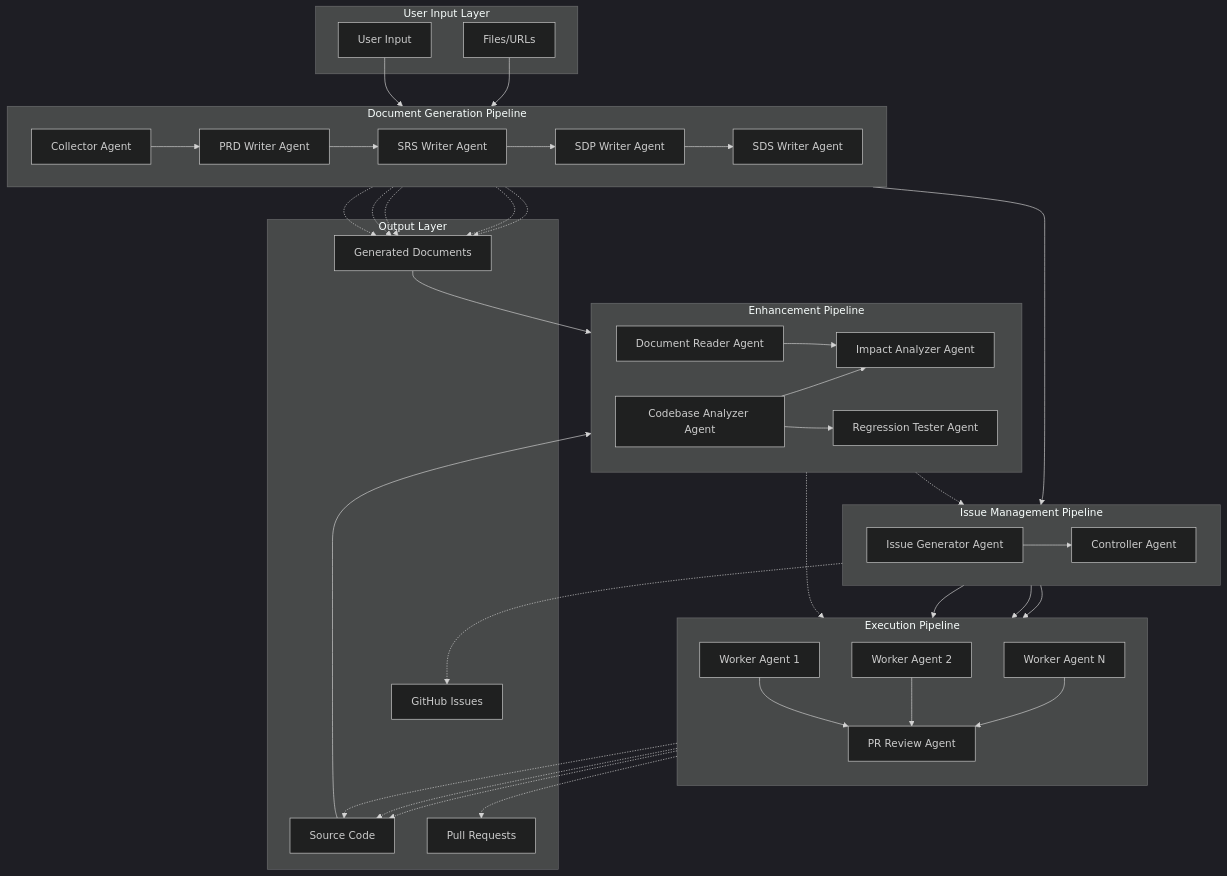
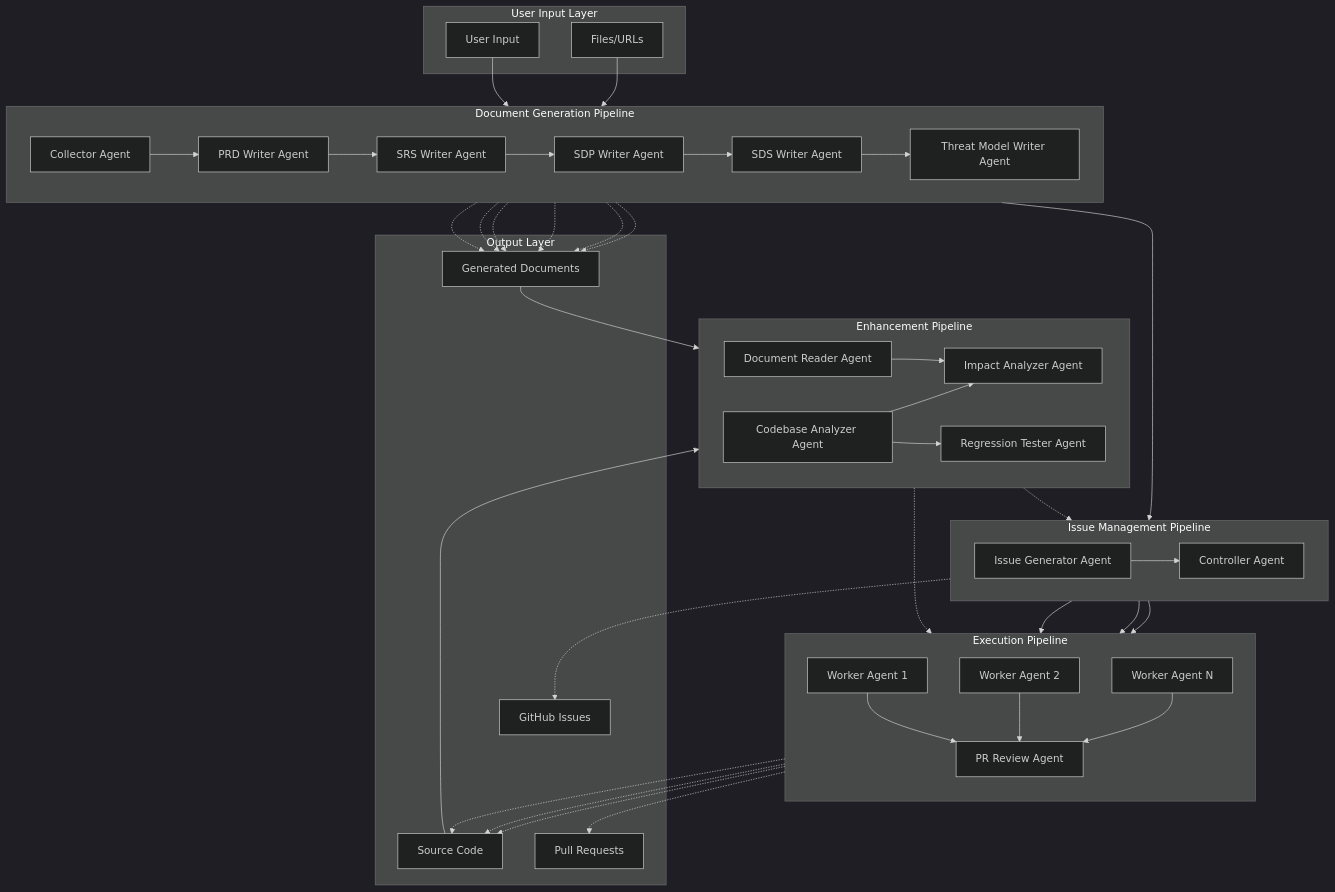
The first of 7 diagrams in docs/system-architecture.kr.md (kcenon/claude_code_agent), drawn with Mermaid (dark theme) before and after one commit. The commit also changed other lines of this file and 16 other files, not shown here.

First line of the commit message:
feat(threat-model-writer): add STRIDE/DREAD threat model writer agent (#759)

```diff
--- a/docs/system-architecture.kr.md
+++ b/docs/system-architecture.kr.md
@@ -16,6 +16,7 @@
         SRS[SRS Writer Agent]
         SDP[SDP Writer Agent]
         SDS[SDS Writer Agent]
+        TM[Threat Model Writer Agent]
     end
 
     subgraph IssuePipeline["Issue Management Pipeline"]
@@ -54,8 +55,9 @@
     PRD --> SRS
     SRS --> SDP
     SDP --> SDS
+    SDS --> TM
 
-    SDS --> ISSUE
+    TM --> ISSUE
     ISSUE --> CTRL
 
     CTRL --> WORKER1
@@ -71,6 +73,7 @@
     SRS -.-> DOCS
     SDP -.-> DOCS
     SDS -.-> DOCS
+    TM -.-> DOCS
     ISSUE -.-> ISSUES
     WORKER1 -.-> CODE
     WORKER2 -.-> CODE
```
